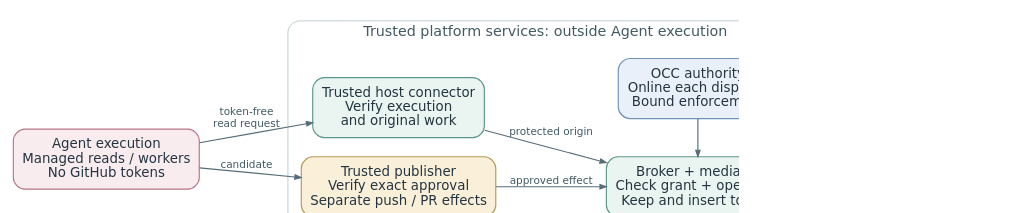
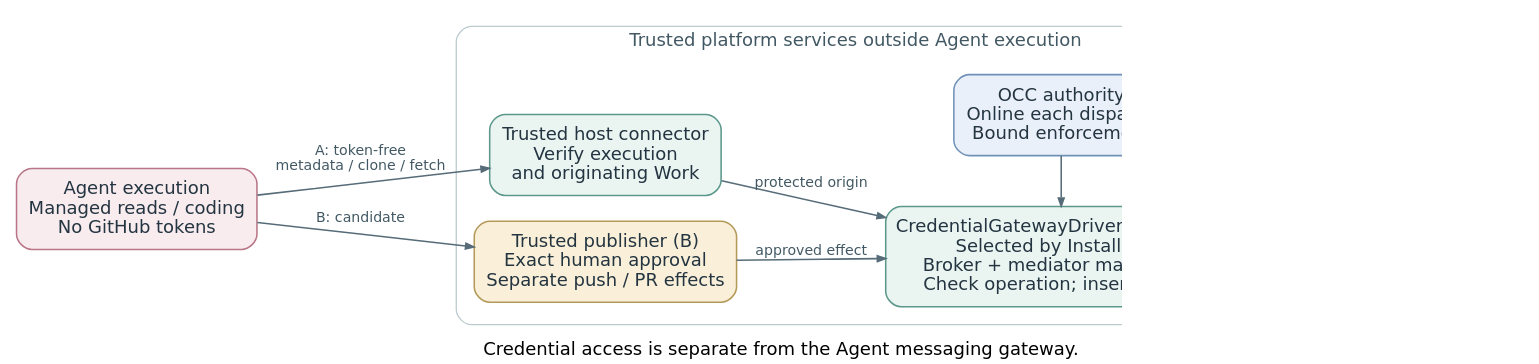
The diagram in rfcs/0034/credential-flow.dot (openclaw/rfcs), drawn with Graphviz before and after one commit. The commit also changed 10 other files, not shown here.

```diff
--- a/rfcs/0034/credential-flow.dot
+++ b/rfcs/0034/credential-flow.dot
@@ -1,59 +1,59 @@
 digraph CredentialFlow {
   graph [
     rankdir=LR,
     bgcolor="white",
     fontname="DejaVu Sans",
-    fontsize=15,
+    fontsize=14,
     pad=0.12,
     nodesep=0.28,
     ranksep=0.38,
-    size="11,3!",
-    ratio=compress,
-    dpi=100
+    dpi=100,
+    label="Credential access is separate from the Agent messaging gateway.",
+    labelloc=b
   ];
   node [
     shape=box,
     style="rounded,filled",
     fontname="DejaVu Sans",
     fontsize=14,
     color="#637580",
     fontcolor="#243541",
     fillcolor="#EFF4F7",
     penwidth=1.2,
     margin="0.14,0.12"
   ];
   edge [
     fontname="DejaVu Sans",
     fontsize=11,
     color="#566C78",
     fontcolor="#425964",
     arrowsize=0.65,
     penwidth=1.2
   ];
 
-  agent [label="Agent execution\nManaged reads / workers\nNo GitHub tokens", fillcolor="#F8ECEF", color="#B87687"];
+  agent [label="Agent execution\nManaged reads / coding\nNo GitHub tokens", fillcolor="#F8ECEF", color="#B87687"];
   github [label="GitHub\nEnforce token scope\nand repository rules"];
 
   subgraph cluster_trusted {
-    label="Trusted platform services: outside Agent execution";
+    label="Trusted platform services outside Agent execution";
     labelloc=t;
     color="#BBCBCF";
     fontcolor="#425964";
     style="rounded";
     margin=14;
 
-    origin [label="Trusted host connector\nVerify execution\nand original work", fillcolor="#EAF5F2", color="#5B978A"];
-    mediator [label="Broker + mediator\nCheck grant + operation\nKeep and insert tokens", fillcolor="#EAF5F2", color="#5B978A"];
+    origin [label="Trusted host connector\nVerify execution\nand originating Work", fillcolor="#EAF5F2", color="#5B978A"];
+    mediator [label="CredentialGatewayDriver (proposed)\nSelected by Installation\nBroker + mediator may cohost\nCheck operation; insert tokens", fillcolor="#EAF5F2", color="#5B978A"];
     authority [label="OCC authority\nOnline each dispatch\nBound enforcement", fillcolor="#EAF0F9", color="#7192B8"];
 
-    publisher [label="Trusted publisher\nVerify exact approval\nSeparate push / PR effects", fillcolor="#FAF0D9", color="#B49A59"];
+    publisher [label="Trusted publisher (B)\nExact human approval\nSeparate push / PR effects", fillcolor="#FAF0D9", color="#B49A59"];
     publisher -> mediator [label="approved effect"];
     { rank=same; authority; mediator; }
     authority -> mediator [constraint=false];
     origin -> mediator [label="protected origin"];
   }
 
-  agent -> origin [label="token-free\nread request"];
-  agent -> publisher [label="candidate"];
+  agent -> origin [label="A: token-free\nmetadata / clone / fetch"];
+  agent -> publisher [label="B: candidate"];
   mediator -> github [label="scoped\nrequest"];
 }
```
